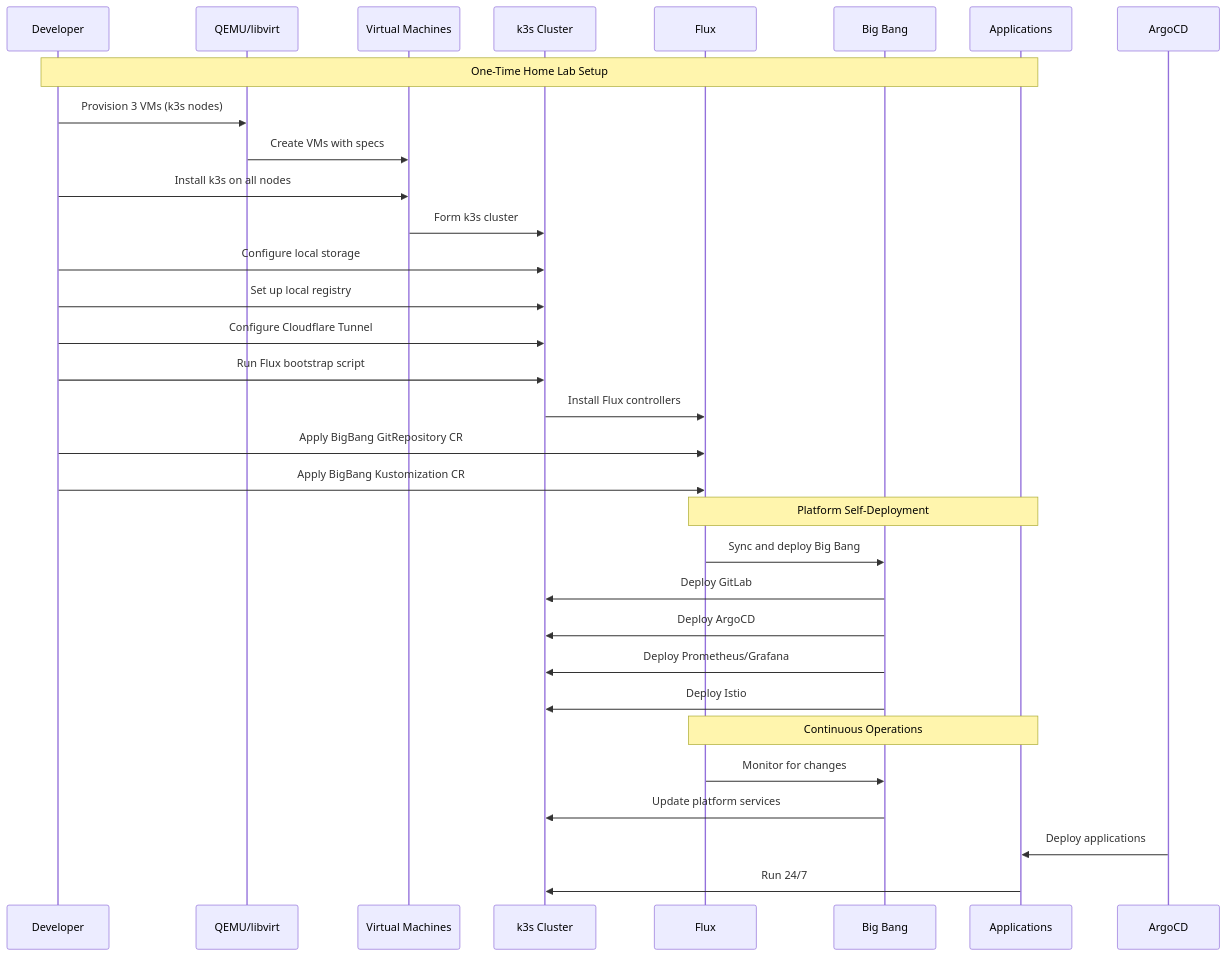
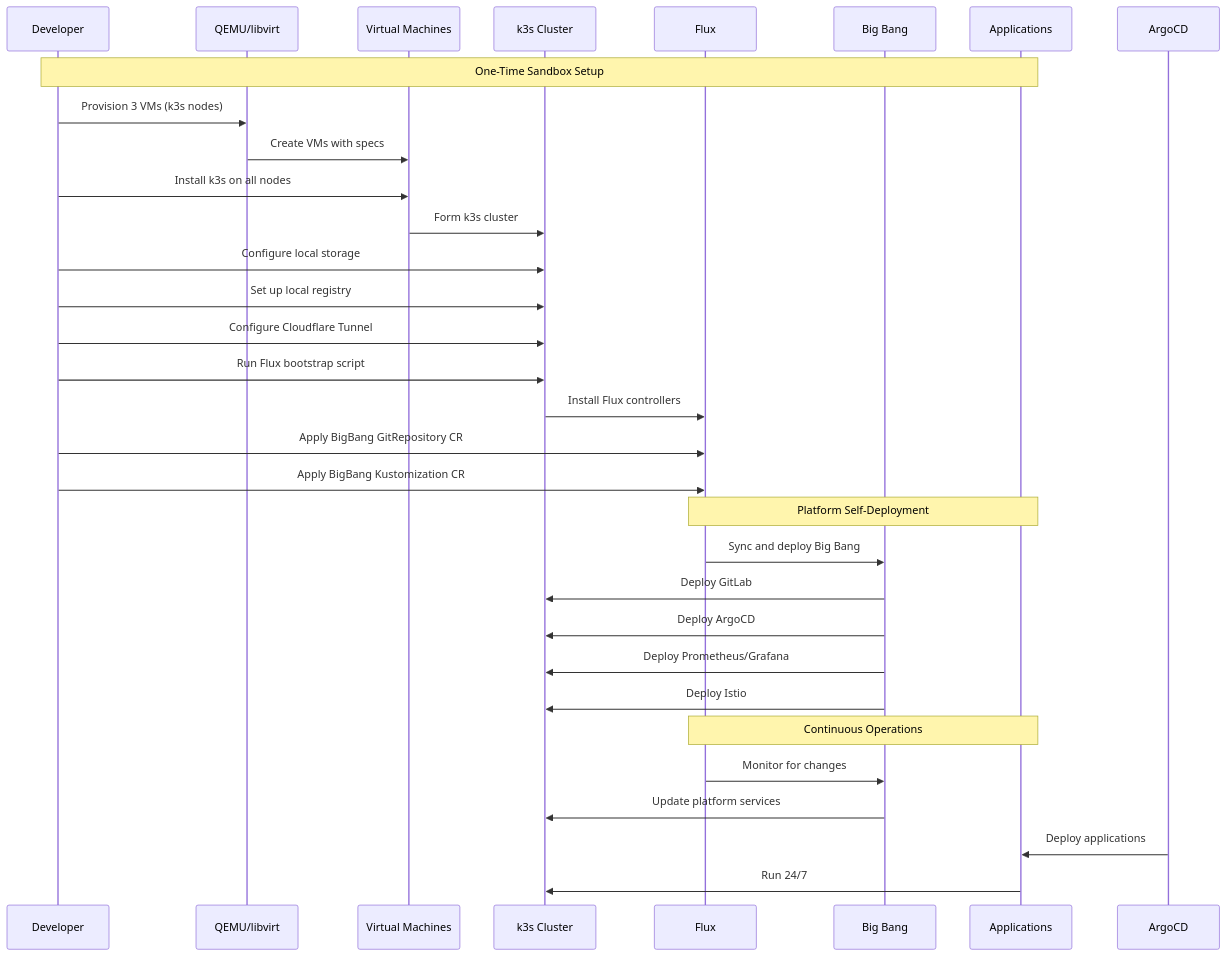
Before and after one commit to zavestudios/zavestudios: the third of 5 diagrams in README.md, drawn with Mermaid. The commit also changed other lines of this file, not shown here.

````diff
--- a/README.md
+++ b/README.md
@@ -351,43 +351,43 @@
 ```mermaid
 sequenceDiagram
     participant Dev as Developer
     participant QEMU as QEMU/libvirt
     participant VMs as Virtual Machines
     participant k3s as k3s Cluster
     participant Flux as Flux
     participant BB as Big Bang
     participant Apps as Applications
 
-    Note over Dev,Apps: One-Time Home Lab Setup
+    Note over Dev,Apps: One-Time Sandbox Setup
     
     Dev->>QEMU: Provision 3 VMs (k3s nodes)
     QEMU->>VMs: Create VMs with specs
     
     Dev->>VMs: Install k3s on all nodes
     VMs->>k3s: Form k3s cluster
     
     Dev->>k3s: Configure local storage
     Dev->>k3s: Set up local registry
     Dev->>k3s: Configure Cloudflare Tunnel
     
     Dev->>k3s: Run Flux bootstrap script
     k3s->>Flux: Install Flux controllers
     
     Dev->>Flux: Apply BigBang GitRepository CR
     Dev->>Flux: Apply BigBang Kustomization CR
     
     Note over Flux,Apps: Platform Self-Deployment
     
     Flux->>BB: Sync and deploy Big Bang
     BB->>k3s: Deploy GitLab
     BB->>k3s: Deploy ArgoCD
     BB->>k3s: Deploy Prometheus/Grafana
     BB->>k3s: Deploy Istio
     
     Note over Flux,Apps: Continuous Operations
     
     Flux->>BB: Monitor for changes
     BB->>k3s: Update platform services
     ArgoCD->>Apps: Deploy applications
     Apps->>k3s: Run 24/7
 ```
````
